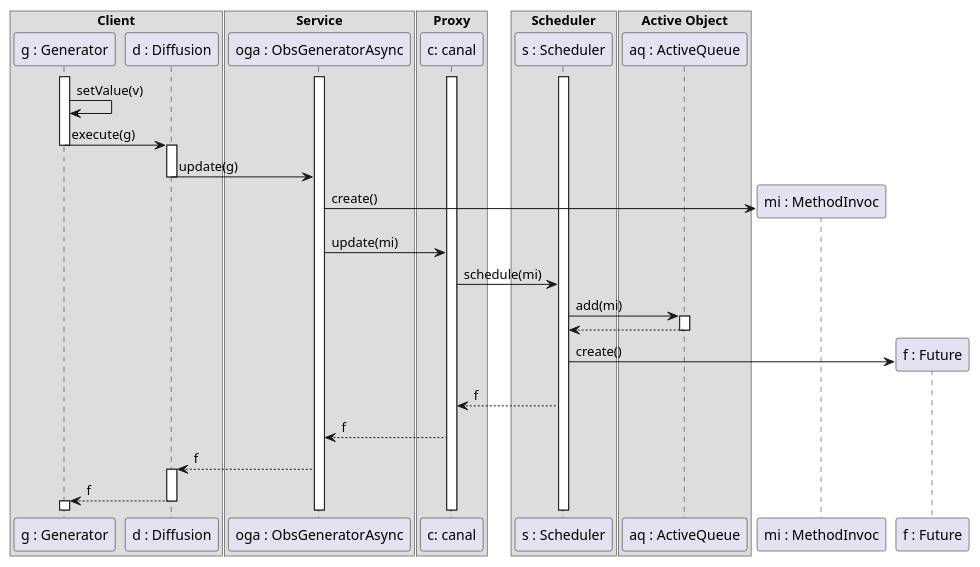
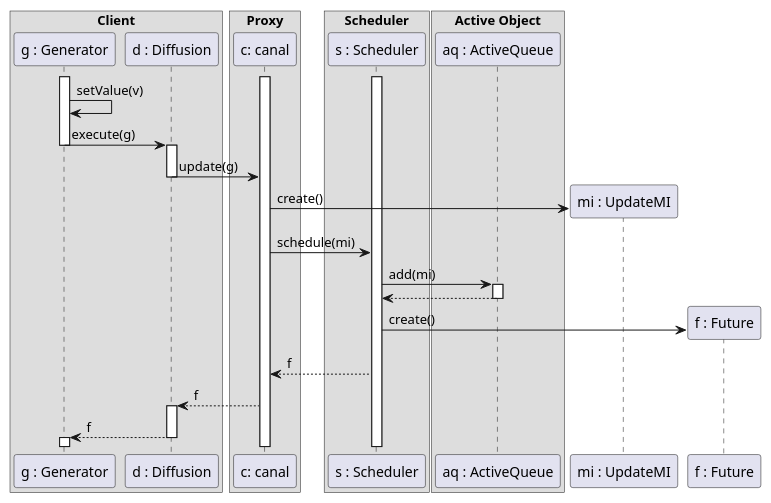
The diagram in AOC/TP1/UpdateAsync1.puml (malahx/ISTIC), drawn with PlantUML before and after one commit. The commit also changed 3 other files, not shown here.

```diff
--- a/AOC/TP1/UpdateAsync1.puml
+++ b/AOC/TP1/UpdateAsync1.puml
@@ -1,46 +1,40 @@
 @startuml
 box "Client"
     participant "g : Generator" as g
     participant "d : Diffusion" as d
-end box
-box "Service"
-    participant "oga : ObsGeneratorAsync" as oga
 end box
 box "Proxy"
     participant "c: canal" as c
 end box
 box "Scheduler"
 participant "s : Scheduler" as s
 end box
 box "Active Object"
     participant "aq : ActiveQueue" as aq
 end box
 
 activate g
 activate c
 activate s
-activate oga
 g -> g: setValue(v)
 g -> d: execute(g)
 deactivate g
 activate d
-d -> oga: update(g)
+d -> c: update(g)
 deactivate d
-create "mi : MethodInvoc" as mi
-oga -> mi: create()
-oga -> c: update(mi)
+create "mi : UpdateMI" as mi
+c -> mi: create()
 c -> s: schedule(mi)
 s -> aq: add(mi)
 activate aq
 aq --> s
 deactivate aq
 create "f : Future" as f
 s -> f: create()
 s --> c: f
-c --> oga: f
-oga --> d: f
+c --> d: f
 activate d
 d --> g: f
 deactivate d
 activate g
 @enduml
```
